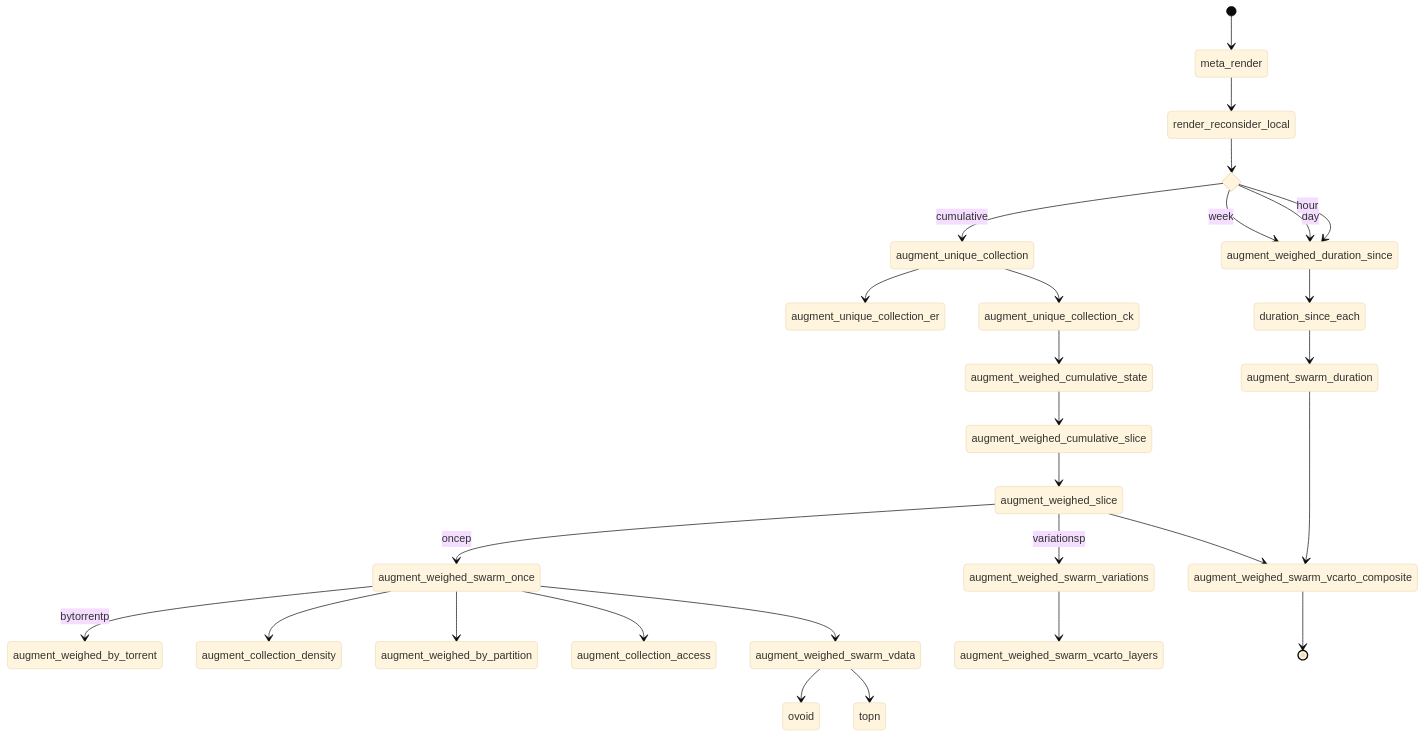
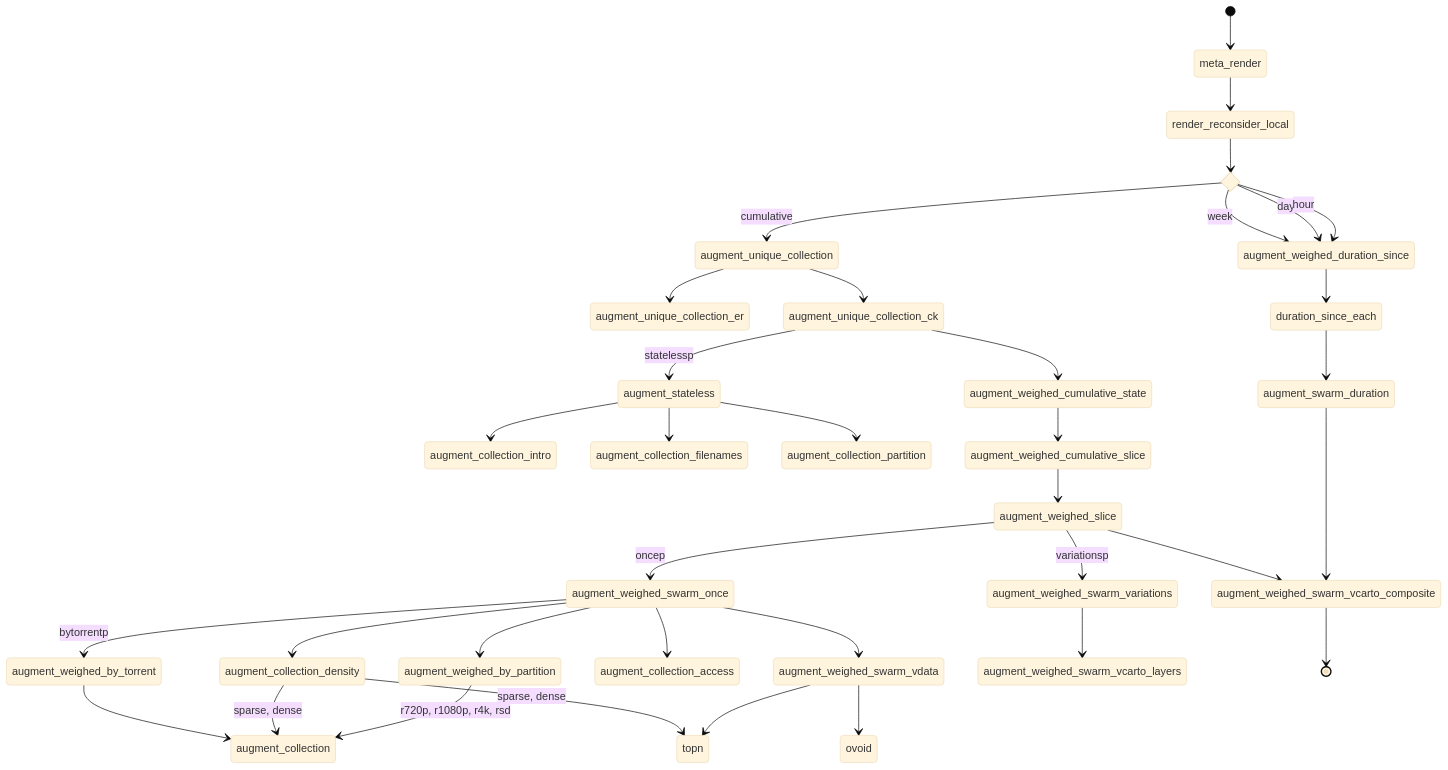
One commit to bdekoz/alpha60-docs changed the diagram in docs/graphs/meta_render.mmd. Above: the diagram before and after it, drawn with Mermaid (base theme).

Commit message:
add stateless, augment_collection

```diff
--- a/docs/graphs/meta_render.mmd
+++ b/docs/graphs/meta_render.mmd
@@ -1,34 +1,44 @@
 stateDiagram-v2
     [*] --> meta_render
     meta_render --> render_reconsider_local
     state if_state<<choice>>
 
     render_reconsider_local --> if_state
     if_state --> augment_unique_collection : cumulative
     augment_unique_collection --> augment_unique_collection_er
     augment_unique_collection --> augment_unique_collection_ck
     augment_unique_collection_ck --> augment_weighed_cumulative_state
+    augment_unique_collection_ck --> augment_stateless : statelessp
+    augment_stateless --> augment_collection_intro
+    augment_stateless --> augment_collection_filenames
+    augment_stateless --> augment_collection_partition
+
     augment_weighed_cumulative_state --> augment_weighed_cumulative_slice
     augment_weighed_cumulative_slice --> augment_weighed_slice
 
     augment_weighed_slice --> augment_weighed_swarm_once : oncep
-    augment_weighed_swarm_once --> augment_weighed_by_torrent : bytorrentp    
+    augment_weighed_swarm_once --> augment_weighed_by_torrent : bytorrentp   
+    augment_weighed_by_torrent --> augment_collection 
     augment_weighed_swarm_once --> augment_collection_density
+    augment_collection_density --> augment_collection : sparse, dense
+    augment_collection_density --> topn : sparse, dense
+
     augment_weighed_swarm_once --> augment_weighed_by_partition
+    augment_weighed_by_partition --> augment_collection : r720p, r1080p, r4k, rsd
     augment_weighed_swarm_once --> augment_collection_access
     augment_weighed_swarm_once --> augment_weighed_swarm_vdata 
     augment_weighed_swarm_vdata --> ovoid
     augment_weighed_swarm_vdata --> topn
 
     augment_weighed_slice --> augment_weighed_swarm_variations : variationsp
     augment_weighed_swarm_variations --> augment_weighed_swarm_vcarto_layers
     
     augment_weighed_slice --> augment_weighed_swarm_vcarto_composite
 
     if_state --> augment_weighed_duration_since: week
     if_state --> augment_weighed_duration_since: day
     if_state --> augment_weighed_duration_since: hour
     augment_weighed_duration_since --> duration_since_each
     duration_since_each --> augment_swarm_duration
     augment_swarm_duration --> augment_weighed_swarm_vcarto_composite
     augment_weighed_swarm_vcarto_composite --> [*]
```
